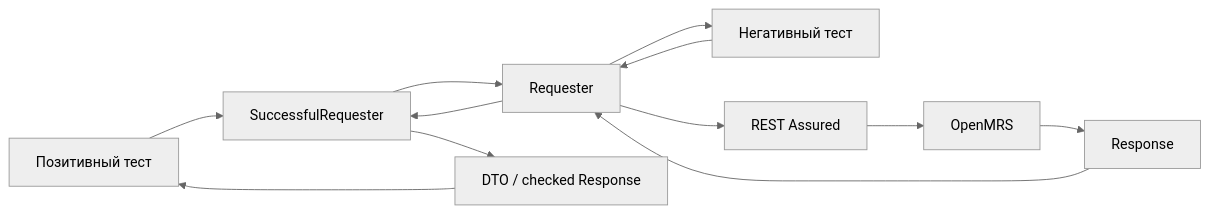
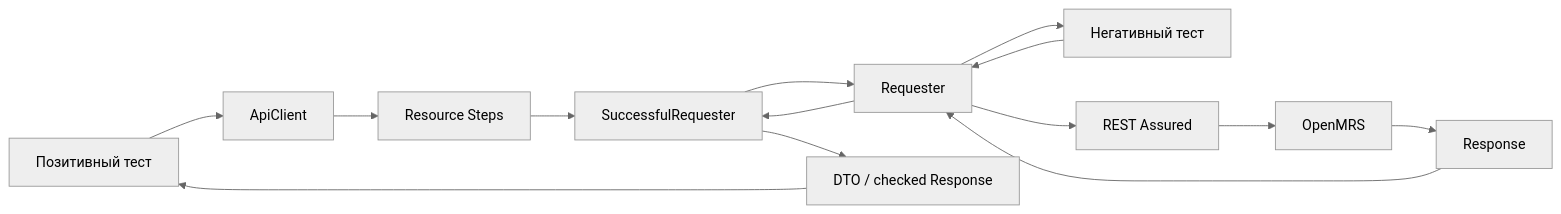
One commit to Didgi/O3-Tests changed the fourth of 4 diagrams in docs/architecture/api-requester-layer.md. Above: the diagram before and after it, drawn with Mermaid (neutral theme). The commit also changed other lines of this file and 10 other files, not shown here.

````diff
--- a/docs/architecture/api-requester-layer.md
+++ b/docs/architecture/api-requester-layer.md
@@ -292,14 +349,16 @@
 ```mermaid
 flowchart LR
-    Positive[Позитивный тест] --> Successful[SuccessfulRequester]
+    Positive[Позитивный тест] --> Client[ApiClient]
+    Client --> Steps[Resource Steps]
+    Steps --> Successful[SuccessfulRequester]
     Negative[Негативный тест] --> Raw[Requester]
     Successful --> Raw
     Raw --> HTTP[REST Assured]
     HTTP --> API[OpenMRS]
     API --> Response[Response]
     Response --> Raw
     Raw --> Negative
     Raw --> Successful
     Successful --> Result[DTO / checked Response]
     Result --> Positive
 ```
````
